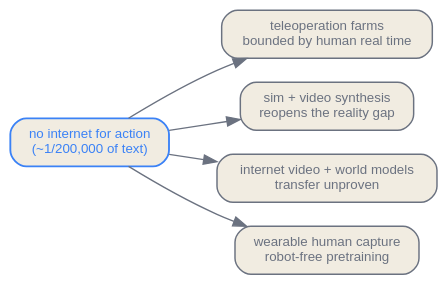
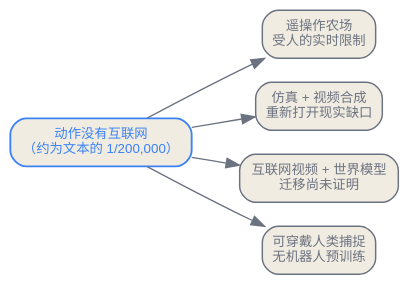
The second of 2 diagrams in zh/generative/05-beyond-text.qmd (latere-ai/ai-as-an-infrastructure), drawn with Graphviz before and after one commit. The commit also changed other lines of this file and 273 other files, not shown here.

Commit message:
docs: localize Chinese diagrams

````diff
--- a/zh/generative/05-beyond-text.qmd
+++ b/zh/generative/05-beyond-text.qmd
@@ -71,21 +71,21 @@
 ```{dot}
 //| label: fig-beyond-flywheel
 //| fig-cap: "制造那个机器人从没免费拿到的动作数据飞轮的四种对垒策略。每一种都接受同一个瓶颈、押注一条不同的逃路；每一种又重新打开一个不同的下游问题（现实缺口、迁移问题、人的实时）。"
 digraph flywheel {
   rankdir=LR;
   bgcolor="transparent";
   node [shape=box, style="rounded,filled", fontname="Helvetica", fontsize=10, color="#6b7280", fontcolor="#6b7280", fillcolor="#f1ece1", penwidth=1.1];
   edge [color="#6b7280"];
 
-  gap [label="no internet for action\n(~1/200,000 of text)", color="#3b82f6", fontcolor="#3b82f6", penwidth=1.4];
-  teleop [label="teleoperation farms\nbounded by human real time"];
-  sim    [label="sim + video synthesis\nreopens the reality gap"];
-  video  [label="internet video + world models\ntransfer unproven"];
-  wear   [label="wearable human capture\nrobot-free pretraining"];
+  gap [label="动作没有互联网\n（约为文本的 1/200,000）", color="#3b82f6", fontcolor="#3b82f6", penwidth=1.4];
+  teleop [label="遥操作农场\n受人的实时限制"];
+  sim    [label="仿真 + 视频合成\n重新打开现实缺口"];
+  video  [label="互联网视频 + 世界模型\n迁移尚未证明"];
+  wear   [label="可穿戴人类捕捉\n无机器人预训练"];
 
   gap -> teleop;
   gap -> sim;
   gap -> video;
   gap -> wear;
 }
 ```
````
